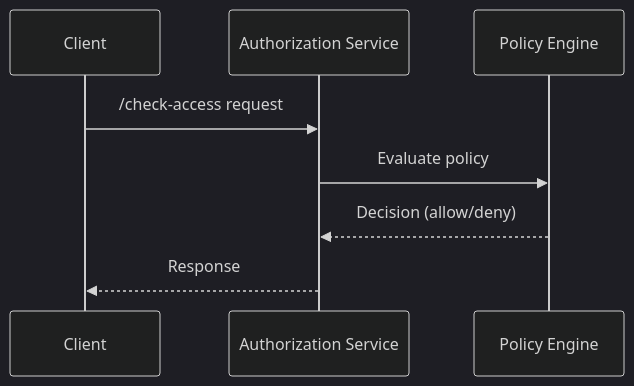
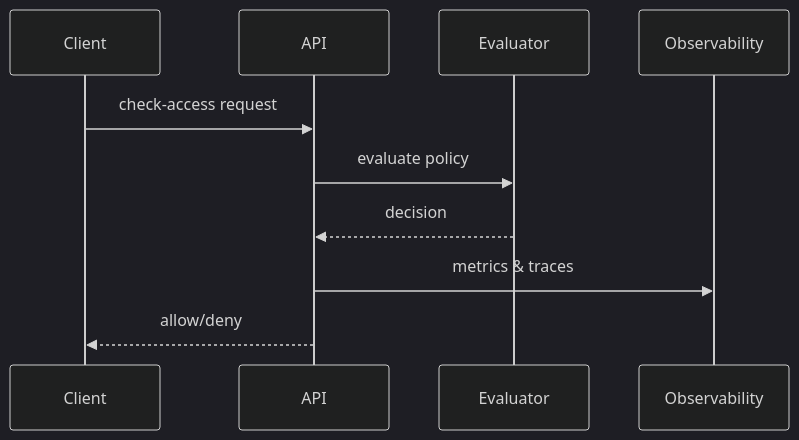
One commit to tumy-tech-labs/authorization-service changed the diagram in docs/flows.md. Above: the diagram before and after it, drawn with Mermaid (dark theme). The commit also changed other lines of this file and 25 other files, not shown here.

````diff
--- a/docs/flows.md
+++ b/docs/flows.md
@@ -5,10 +6,12 @@
 ```mermaid
 sequenceDiagram
     participant C as Client
-    participant S as Authorization Service
-    participant PE as Policy Engine
-    C->>S: /check-access request
-    S->>PE: Evaluate policy
-    PE-->>S: Decision (allow/deny)
-    S-->>C: Response
+    participant A as API
+    participant E as Evaluator
+    participant O as Observability
+    C->>A: check-access request
+    A->>E: evaluate policy
+    E-->>A: decision
+    A->>O: metrics & traces
+    A-->>C: allow/deny
 ```
````
